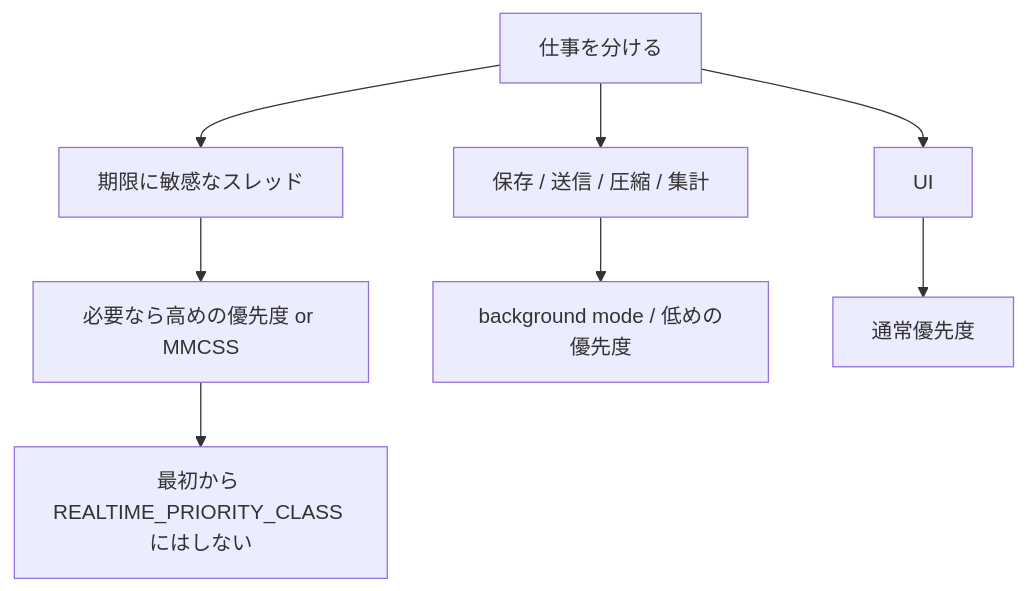
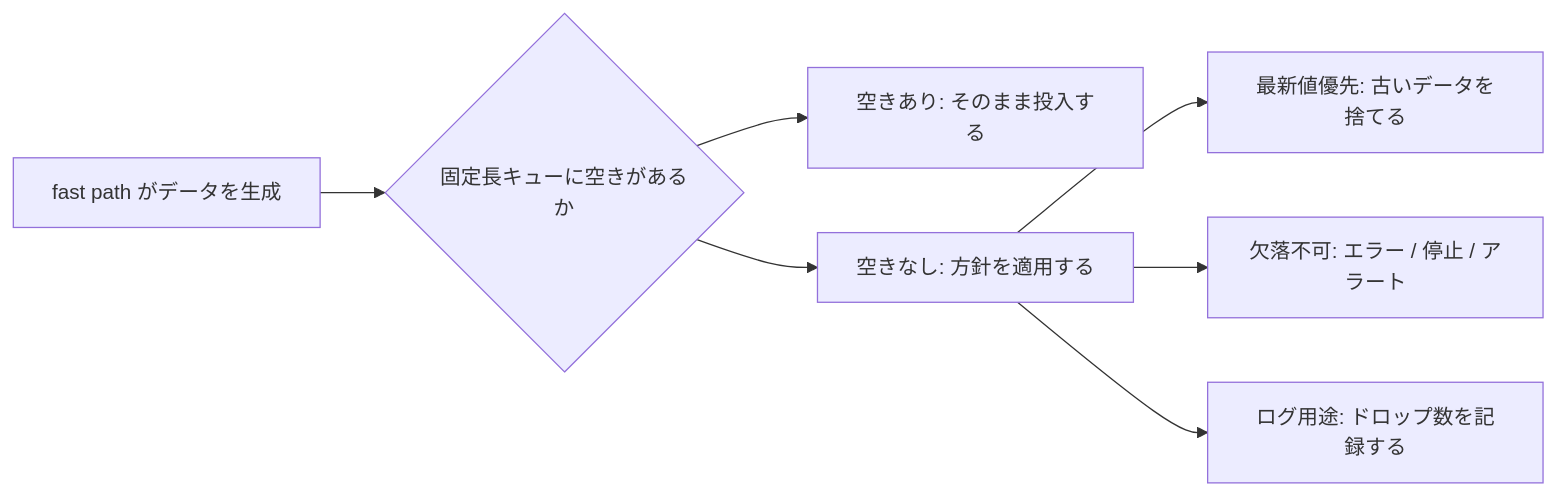
One commit to gomurin0428/KomuraSoftWeb changed the fifth of 7 diagrams in _posts/2026-03-09-000-windows-soft-realtime-practical-guide-natural.md. Above: the diagram before and after it, drawn with Mermaid. The commit also changed other lines of this file, not shown here.

````diff
--- a/_posts/2026-03-09-000-windows-soft-realtime-practical-guide-natural.md
+++ b/_posts/2026-03-09-000-windows-soft-realtime-practical-guide-natural.md
@@ -337,10 +261,9 @@
 ```mermaid
-flowchart TD
-    Work["仕事を分ける"] --> Critical["期限に敏感なスレッド"]
-    Work --> Worker["保存 / 送信 / 圧縮 / 集計"]
-    Work --> UI["UI"]
-    Critical --> P1["必要なら高めの優先度 or MMCSS"]
-    Worker --> P2["background mode / 低めの優先度"]
-    UI --> P3["通常優先度"]
-    P1 --> Warn["最初から REALTIME_PRIORITY_CLASS にはしない"]
+flowchart LR
+    input["fast path がデータを生成"] --> q{"固定長キューに空きがあるか"}
+    q --> enq["空きあり: そのまま投入する"]
+    q --> policy["空きなし: 方針を適用する"]
+    policy --> latest["最新値優先: 古いデータを捨てる"]
+    policy --> strict["欠落不可: エラー / 停止 / アラート"]
+    policy --> logonly["ログ用途: ドロップ数を記録する"]
 ```
````
